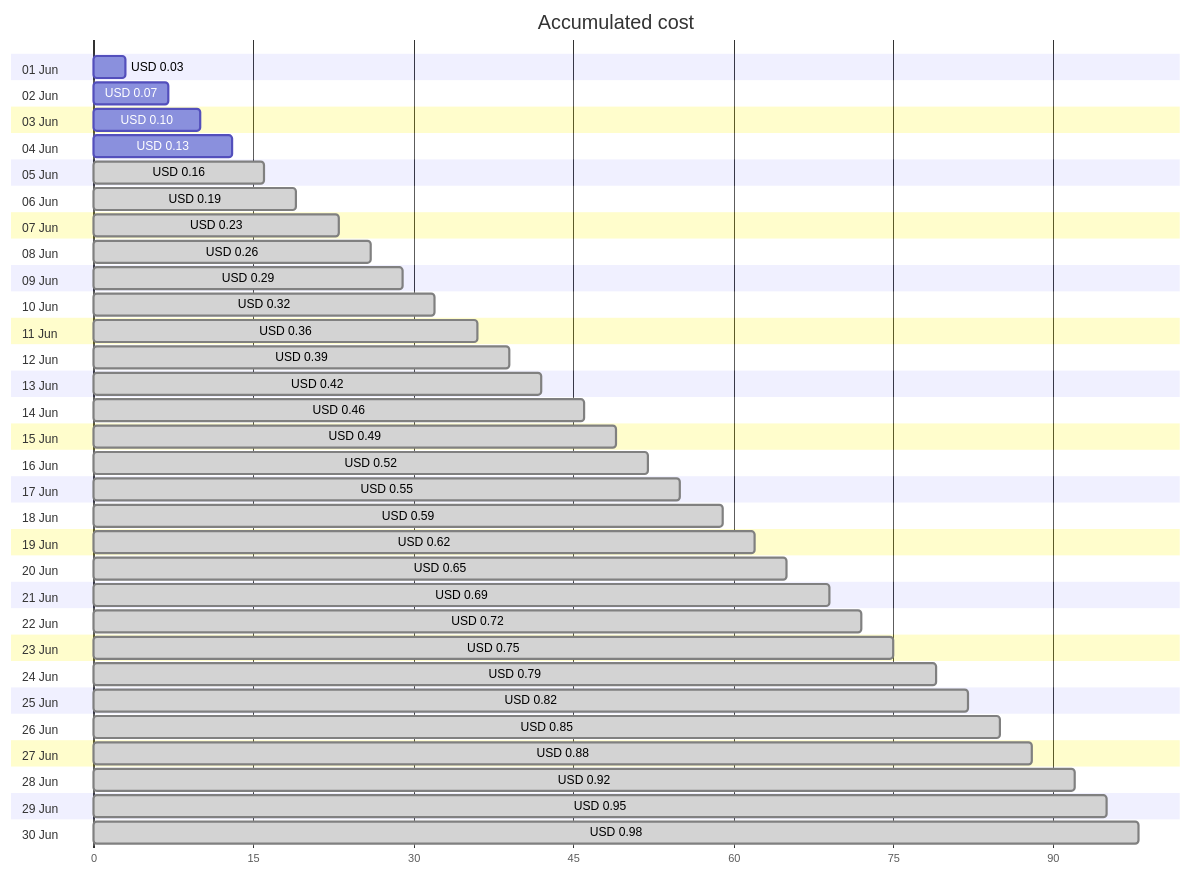
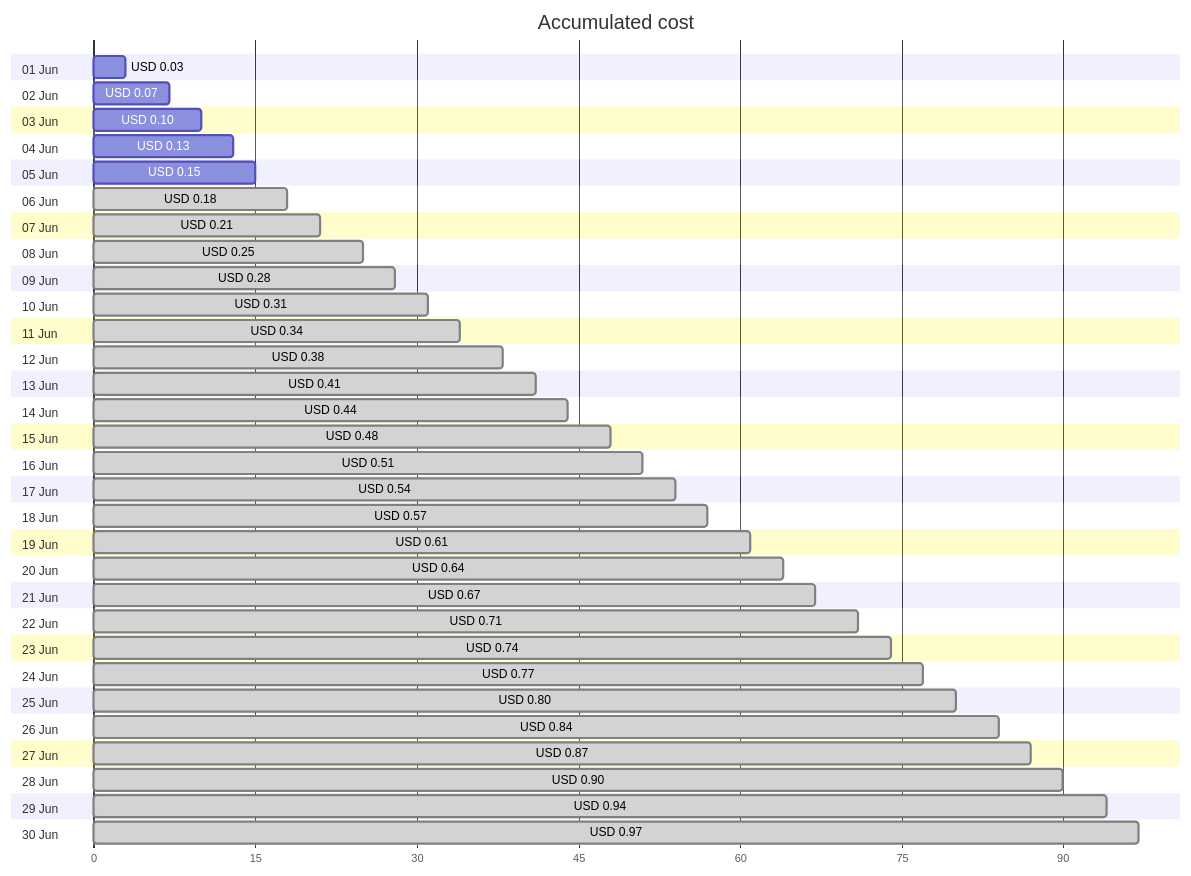
Before and after one commit to jpfulton/azure-personal-reports: the first of 4 diagrams in cost-reports/personal-dns/README.md, drawn with Mermaid. The commit also changed other lines of this file and 2 other files, not shown here.

Commit message:
Generated reports [skip ci]

````diff
--- a/cost-reports/personal-dns/README.md
+++ b/cost-reports/personal-dns/README.md
@@ -20,66 +20,66 @@
 ```mermaid
 gantt
    title Accumulated cost
    dateFormat  X
    axisFormat %s
    section 01 Jun
    USD 0.03 :0, 3
    section 02 Jun
    USD 0.07 :0, 7
    section 03 Jun
    USD 0.10 :0, 10
    section 04 Jun
    USD 0.13 :0, 13
    section 05 Jun
-   USD 0.16 : done, 0, 16
+   USD 0.15 :0, 15
    section 06 Jun
-   USD 0.19 : done, 0, 19
+   USD 0.18 : done, 0, 18
    section 07 Jun
-   USD 0.23 : done, 0, 23
+   USD 0.21 : done, 0, 21
    section 08 Jun
-   USD 0.26 : done, 0, 26
+   USD 0.25 : done, 0, 25
    section 09 Jun
-   USD 0.29 : done, 0, 29
+   USD 0.28 : done, 0, 28
    section 10 Jun
-   USD 0.32 : done, 0, 32
+   USD 0.31 : done, 0, 31
    section 11 Jun
-   USD 0.36 : done, 0, 36
+   USD 0.34 : done, 0, 34
    section 12 Jun
-   USD 0.39 : done, 0, 39
+   USD 0.38 : done, 0, 38
    section 13 Jun
-   USD 0.42 : done, 0, 42
+   USD 0.41 : done, 0, 41
    section 14 Jun
-   USD 0.46 : done, 0, 46
+   USD 0.44 : done, 0, 44
    section 15 Jun
-   USD 0.49 : done, 0, 49
+   USD 0.48 : done, 0, 48
    section 16 Jun
-   USD 0.52 : done, 0, 52
+   USD 0.51 : done, 0, 51
    section 17 Jun
-   USD 0.55 : done, 0, 55
+   USD 0.54 : done, 0, 54
    section 18 Jun
-   USD 0.59 : done, 0, 59
+   USD 0.57 : done, 0, 57
    section 19 Jun
-   USD 0.62 : done, 0, 62
+   USD 0.61 : done, 0, 61
    section 20 Jun
-   USD 0.65 : done, 0, 65
+   USD 0.64 : done, 0, 64
    section 21 Jun
-   USD 0.69 : done, 0, 69
+   USD 0.67 : done, 0, 67
    section 22 Jun
-   USD 0.72 : done, 0, 72
+   USD 0.71 : done, 0, 71
    section 23 Jun
-   USD 0.75 : done, 0, 75
+   USD 0.74 : done, 0, 74
    section 24 Jun
-   USD 0.79 : done, 0, 79
+   USD 0.77 : done, 0, 77
    section 25 Jun
-   USD 0.82 : done, 0, 82
+   USD 0.80 : done, 0, 80
    section 26 Jun
-   USD 0.85 : done, 0, 85
+   USD 0.84 : done, 0, 84
    section 27 Jun
-   USD 0.88 : done, 0, 88
+   USD 0.87 : done, 0, 87
    section 28 Jun
-   USD 0.92 : done, 0, 92
+   USD 0.90 : done, 0, 90
    section 29 Jun
-   USD 0.95 : done, 0, 95
+   USD 0.94 : done, 0, 94
    section 30 Jun
-   USD 0.98 : done, 0, 98
+   USD 0.97 : done, 0, 97
 ```
````
